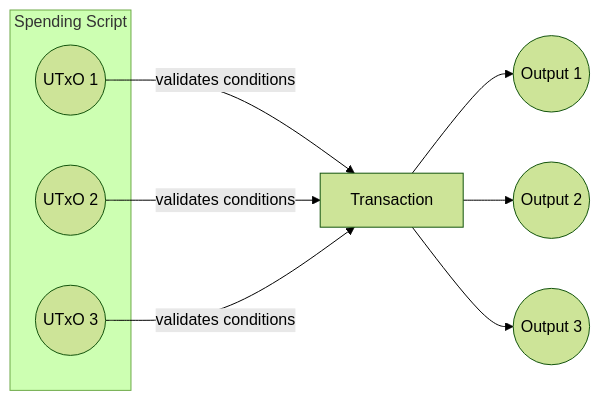
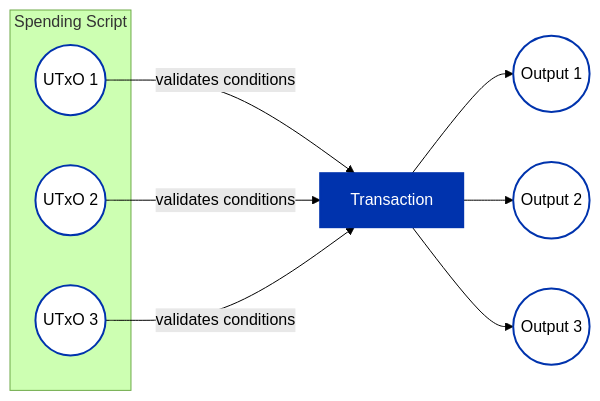
Before and after one commit to cardano-foundation/developer-portal: the first of 4 diagrams in docs/smart-contracts/advanced/design-patterns/transaction-level-validation/transaction-level-validation-minting-policy.md, drawn with Mermaid (forest theme). The commit also changed other lines of this file and 14 other files, not shown here.

Commit message:
cardano unified color scheme for mermaid diagrams

````diff
--- a/docs/smart-contracts/advanced/design-patterns/transaction-level-validation/transaction-level-validation-minting-policy.md
+++ b/docs/smart-contracts/advanced/design-patterns/transaction-level-validation/transaction-level-validation-minting-policy.md
@@ -28,15 +28,20 @@
 ```mermaid
 graph LR
     TX[Transaction]
     subgraph Spending Script
     S1((UTxO 1))
     S2((UTxO 2))
     S3((UTxO 3))
     end
     S1 -->|validates conditions| TX
     S2 -->|validates conditions| TX
     S3 -->|validates conditions| TX
     TX --> A1((Output 1))
     TX --> A2((Output 2))
     TX --> A3((Output 3))
+
+    classDef emphasized fill:#0033AD,stroke:#0033AD,stroke-width:2px,color:#FFFFFF
+    classDef regular fill:#FFFFFF,stroke:#0033AD,stroke-width:2px,color:#000000
+    class TX emphasized
+    class S1,S2,S3,A1,A2,A3 regular
 ```
````
